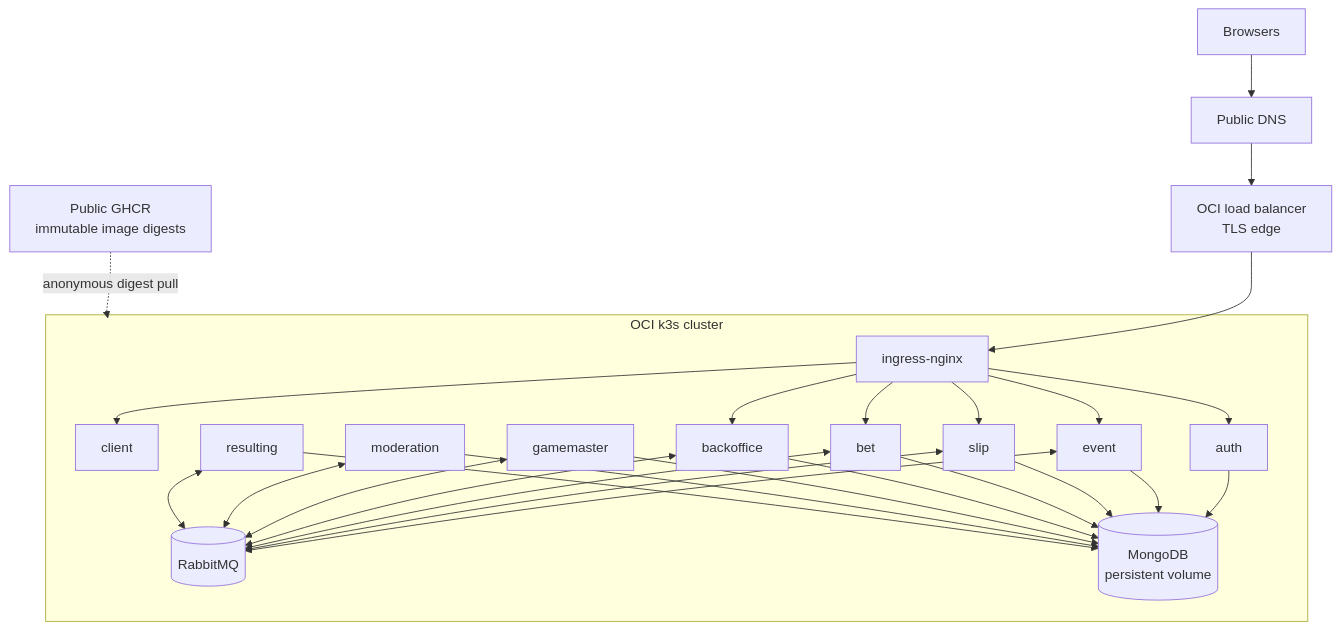
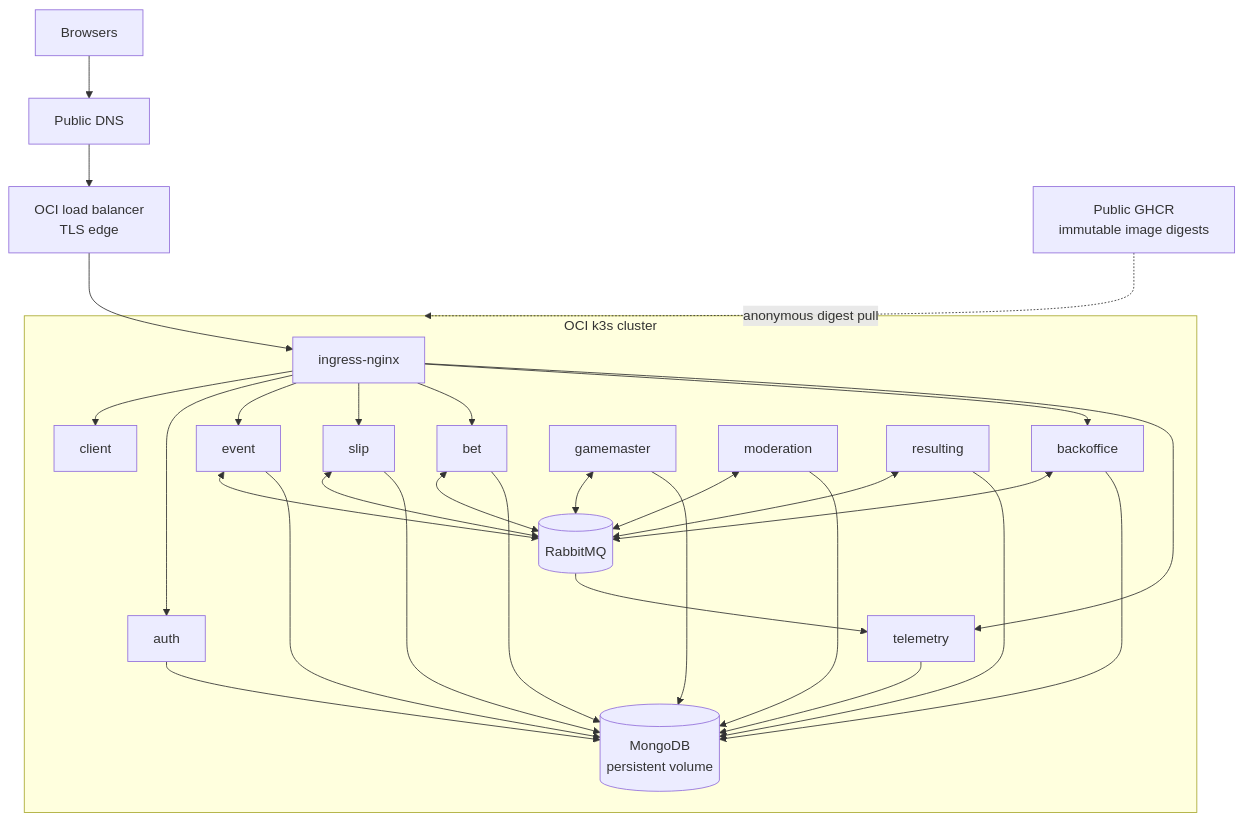
The diagram in docs/wiki/Infrastructure.md (vasilyevstan/betstan), drawn with Mermaid before and after one commit. The commit also changed other lines of this file and 28 other files, not shown here.

````diff
--- a/docs/wiki/Infrastructure.md
+++ b/docs/wiki/Infrastructure.md
@@ -15,44 +15,47 @@
 ```mermaid
 flowchart TB
     Internet["Browsers"]
     DNS["Public DNS"]
     LB["OCI load balancer<br/>TLS edge"]
     Ingress["ingress-nginx"]
     GHCR["Public GHCR<br/>immutable image digests"]
 
     Internet --> DNS --> LB --> Ingress
     GHCR -. anonymous digest pull .-> Cluster
 
     subgraph Cluster["OCI k3s cluster"]
         Ingress --> Client["client"]
         Ingress --> Auth["auth"]
         Ingress --> Event["event"]
         Ingress --> Slip["slip"]
         Ingress --> Bet["bet"]
         Ingress --> Backoffice["backoffice"]
+        Ingress --> Telemetry["telemetry"]
 
         Gamemaster["gamemaster"]
         Moderation["moderation"]
         Resulting["resulting"]
 
         Broker[("RabbitMQ")]
         Database[("MongoDB<br/>persistent volume")]
 
         Event <--> Broker
         Slip <--> Broker
         Bet <--> Broker
         Backoffice <--> Broker
         Gamemaster <--> Broker
         Moderation <--> Broker
         Resulting <--> Broker
+        Broker --> Telemetry
 
         Auth --> Database
         Event --> Database
         Slip --> Database
         Bet --> Database
         Backoffice --> Database
         Gamemaster --> Database
         Moderation --> Database
         Resulting --> Database
+        Telemetry --> Database
     end
 ```
````
